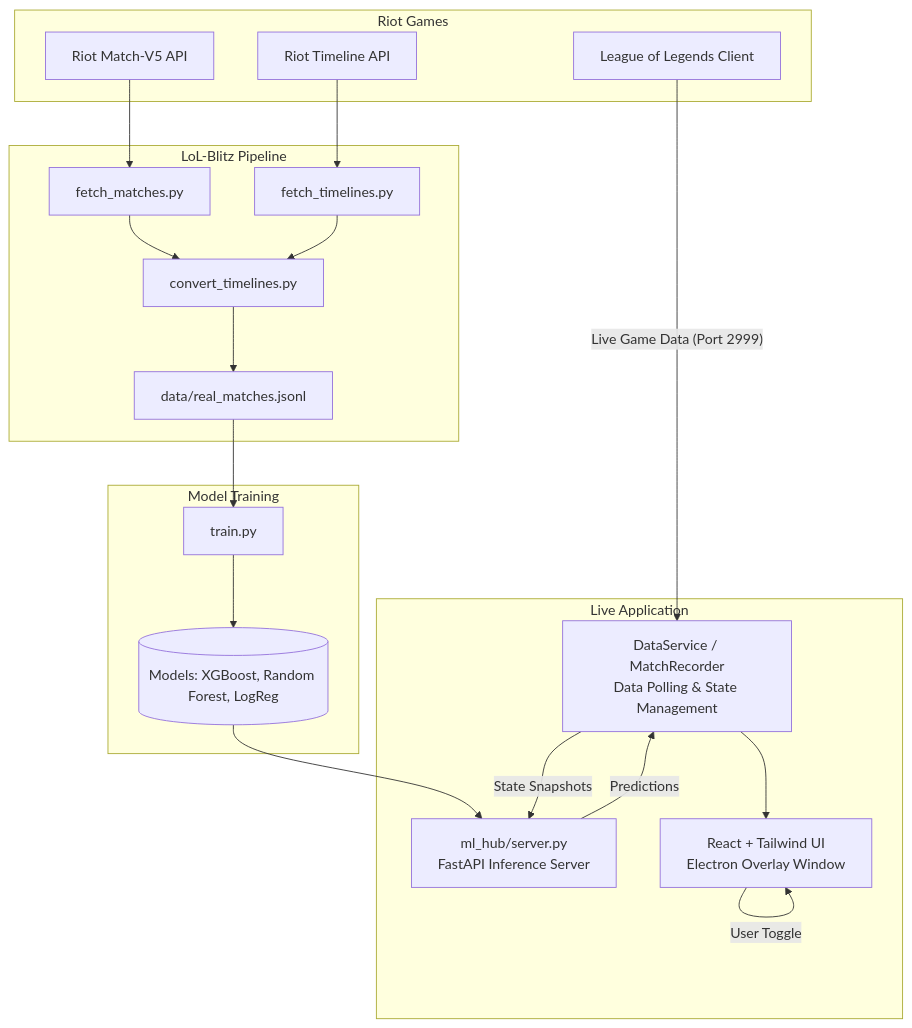
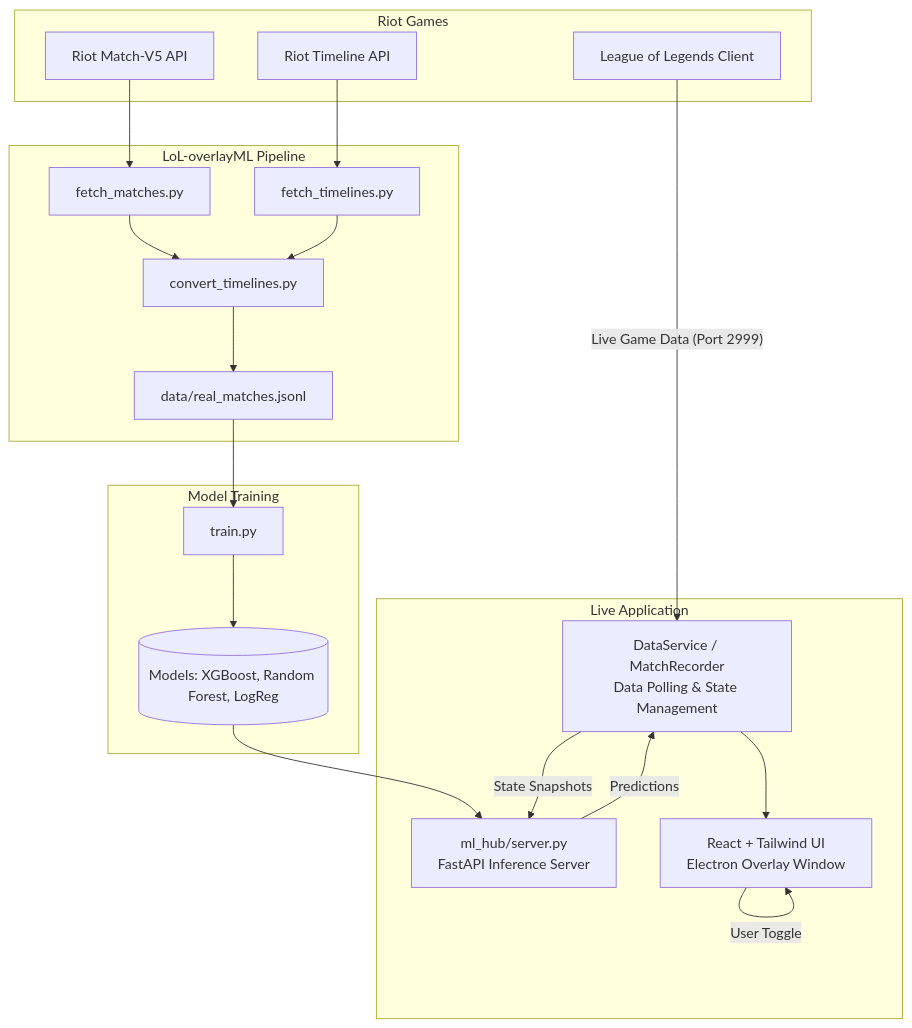
The diagram in README.md (somsom786/LoL-overlayML), drawn with Mermaid before and after one commit. The commit also changed other lines of this file and 1 other file, not shown here.

Commit message:
Rename project to LoL-overlayML

````diff
--- a/README.md
+++ b/README.md
@@ -15,41 +15,41 @@
 ```mermaid
 graph TD
     subgraph Riot Games
         A[League of Legends Client]
         B[Riot Match-V5 API]
         C[Riot Timeline API]
     end
 
-    subgraph LoL-Blitz Pipeline
+    subgraph LoL-overlayML Pipeline
         D[fetch_matches.py]
         E[fetch_timelines.py]
         F[convert_timelines.py]
         G[data/real_matches.jsonl]
     end
 
     subgraph Model Training
         H[train.py]
         I[(Models: XGBoost, Random Forest, LogReg)]
     end
 
     subgraph Live Application
         J[ml_hub/server.py<br>FastAPI Inference Server]
         K[DataService / MatchRecorder<br>Data Polling & State Management]
         L[React + Tailwind UI<br>Electron Overlay Window]
     end
 
     B --> D
     C --> E
     D --> F
     E --> F
     F --> G
     G --> H
     H --> I
     I --> J
 
     A -- "Live Game Data (Port 2999)" --> K
     K -- "State Snapshots" --> J
     J -- "Predictions" --> K
     K --> L
     L -- "User Toggle" --> L
 ```
````
